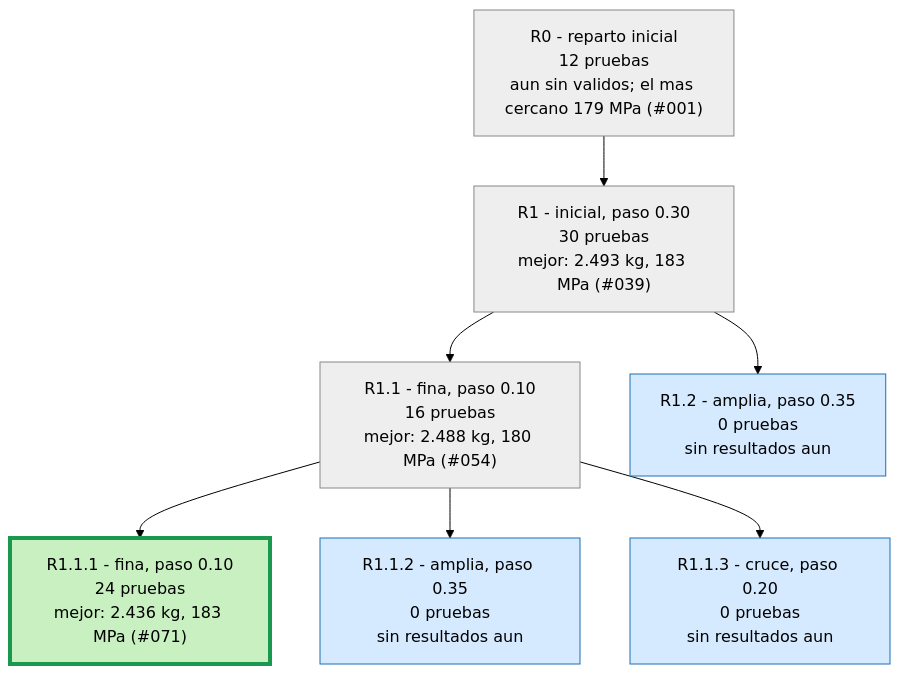
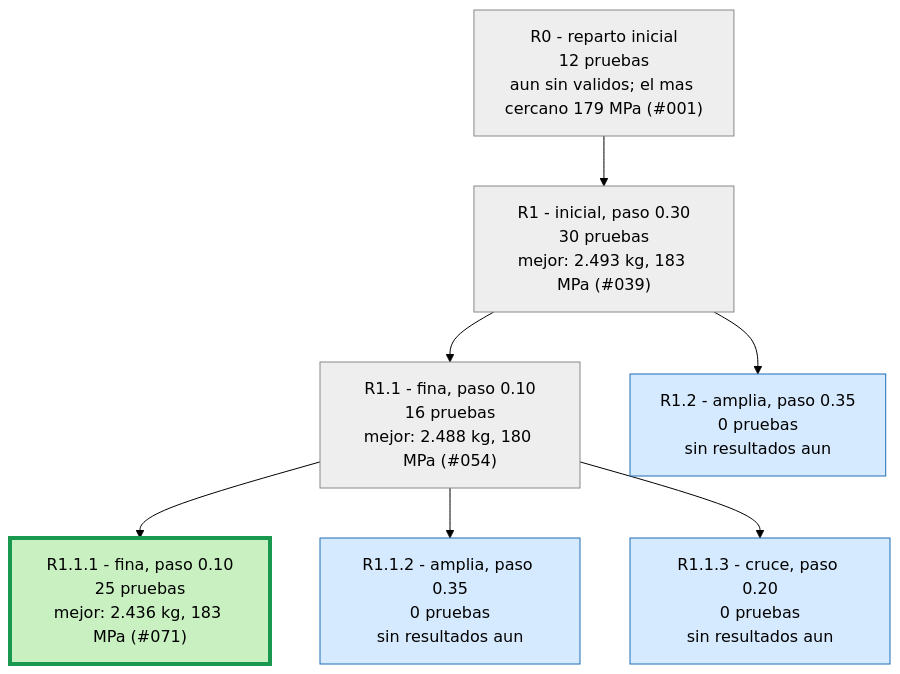
The second of 3 diagrams in runs/opt_37800N/ARBOL.md (Hugiko/msd-soporte-optimizacion), drawn with Mermaid (forest theme) before and after one commit. The commit also changed 22 other files, not shown here.

````diff
--- a/runs/opt_37800N/ARBOL.md
+++ b/runs/opt_37800N/ARBOL.md
@@ -25,19 +25,19 @@
 ```mermaid
 graph TD
 classDef activa fill:#d6eaff,stroke:#1f6fb5,color:#000
 classDef fin fill:#eeeeee,stroke:#888,color:#000
 classDef mejor fill:#c8f0c0,stroke:#1a9850,stroke-width:4px,color:#000
 R0["R0 - reparto inicial<br/>12 pruebas<br/>aun sin validos; el mas cercano 179 MPa (#001)"]:::fin
 R1["R1 - inicial, paso 0.30<br/>30 pruebas<br/>mejor: 2.493 kg, 183 MPa (#039)"]:::fin
 R0 --> R1
 R1_1["R1.1 - fina, paso 0.10<br/>16 pruebas<br/>mejor: 2.488 kg, 180 MPa (#054)"]:::fin
 R1 --> R1_1
 R1_2["R1.2 - amplia, paso 0.35<br/>0 pruebas<br/>sin resultados aun"]:::activa
 R1 --> R1_2
-R1_1_1["R1.1.1 - fina, paso 0.10<br/>24 pruebas<br/>mejor: 2.436 kg, 183 MPa (#071)"]:::mejor
+R1_1_1["R1.1.1 - fina, paso 0.10<br/>25 pruebas<br/>mejor: 2.436 kg, 183 MPa (#071)"]:::mejor
 R1_1 --> R1_1_1
 R1_1_2["R1.1.2 - amplia, paso 0.35<br/>0 pruebas<br/>sin resultados aun"]:::activa
 R1_1 --> R1_1_2
 R1_1_3["R1.1.3 - cruce, paso 0.20<br/>0 pruebas<br/>sin resultados aun"]:::activa
 R1_1 --> R1_1_3
 ```
````
